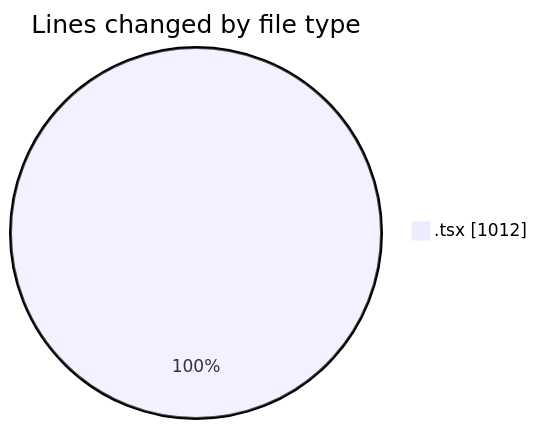
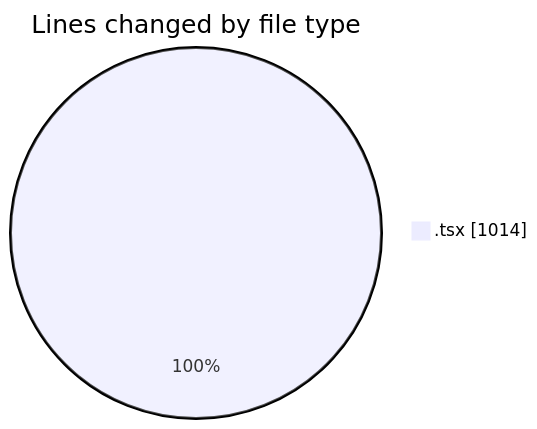
Before and after one commit to julien-gomy/code-tracking: the first of 2 diagrams in 2025-10-31/eventscop-frontend-guide__workspace_/README.md, drawn with Mermaid. The commit also changed other lines of this file and 1 other file, not shown here.

````diff
--- a/2025-10-31/eventscop-frontend-guide__workspace_/README.md
+++ b/2025-10-31/eventscop-frontend-guide__workspace_/README.md
@@ -25,5 +25,5 @@
 ```mermaid
 pie showData
 title Lines changed by file type
-".tsx" : 1012
+".tsx" : 1014
 ```
````
